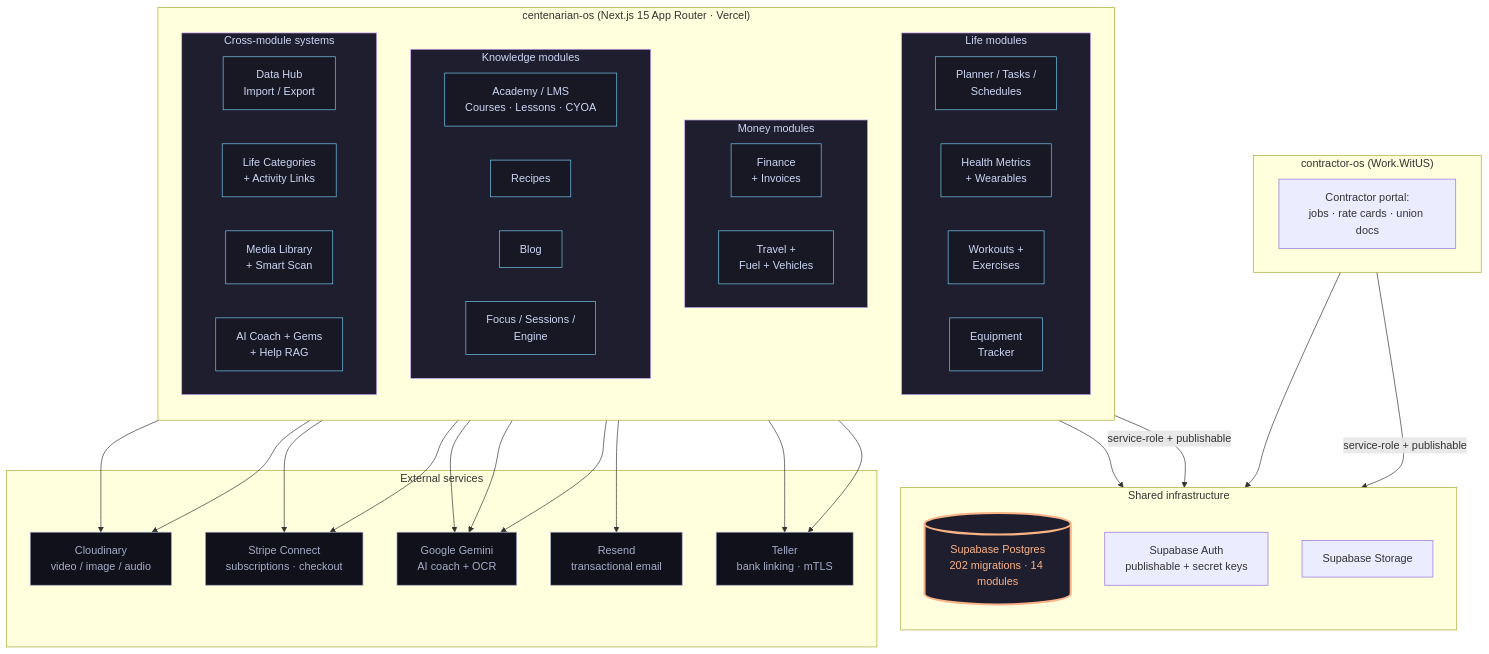
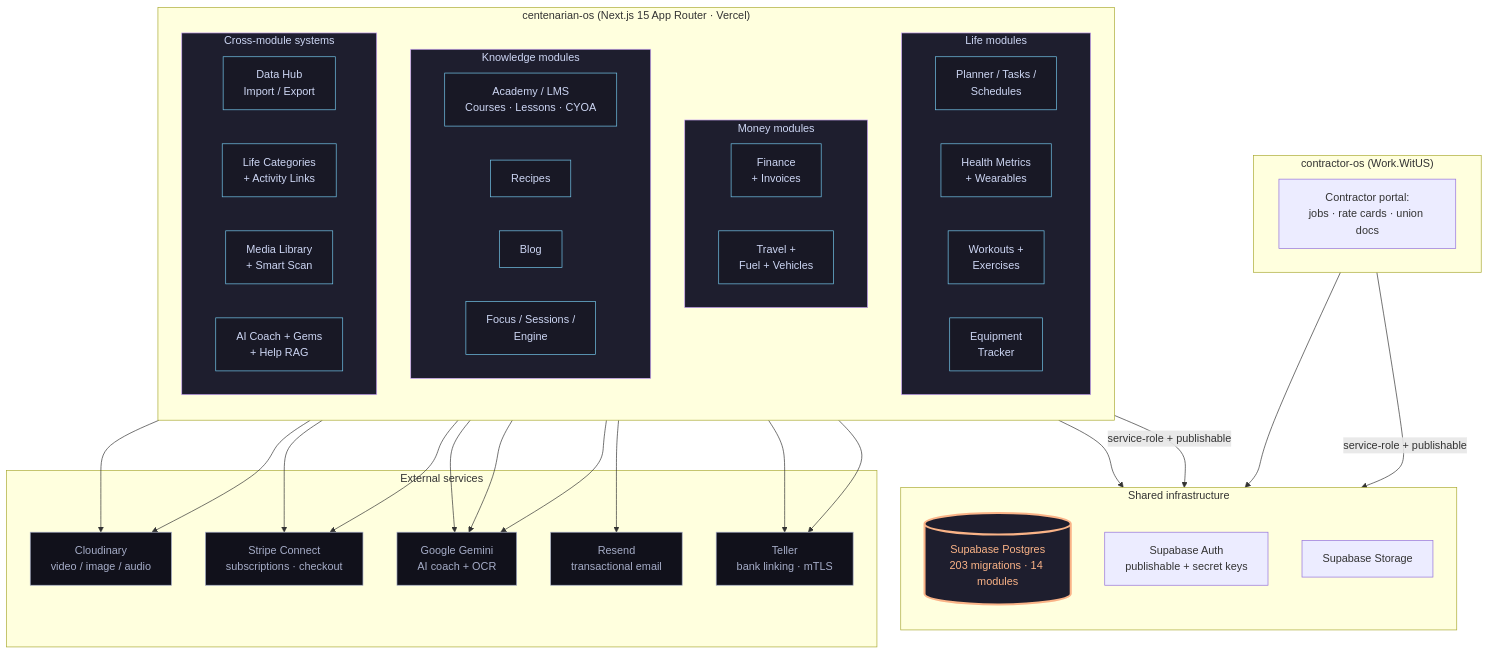
Before and after one commit to dapperAuteur/centenarian-os: the first of 2 diagrams in ARCHITECTURE.md, drawn with Mermaid. The commit also changed other lines of this file and 3 other files, not shown here.

````diff
--- a/ARCHITECTURE.md
+++ b/ARCHITECTURE.md
@@ -14,79 +14,79 @@
 ```mermaid
 flowchart TB
   classDef shell fill:#1e1e2e,stroke:#cba6f7,color:#cdd6f4
   classDef module fill:#181825,stroke:#74c7ec,color:#cdd6f4
   classDef shared fill:#1e1e2e,stroke:#fab387,color:#fab387,stroke-width:3px
   classDef external fill:#11111b,stroke:#a6adc8,color:#a6adc8
 
   subgraph CentOS["centenarian-os (Next.js 15 App Router · Vercel)"]
     direction TB
 
     subgraph Life["Life modules"]
       direction LR
       Planner[Planner / Tasks /<br/>Schedules]
       Health[Health Metrics<br/>+ Wearables]
       Workouts[Workouts +<br/>Exercises]
       Equipment[Equipment<br/>Tracker]
     end
 
     subgraph Money["Money modules"]
       direction LR
       Finance[Finance<br/>+ Invoices]
       Travel[Travel +<br/>Fuel + Vehicles]
     end
 
     subgraph Knowledge["Knowledge modules"]
       direction LR
       Academy[Academy / LMS<br/>Courses · Lessons · CYOA]
       Recipes[Recipes]
       Blog[Blog]
       Focus[Focus / Sessions /<br/>Engine]
     end
 
     subgraph Cross["Cross-module systems"]
       direction LR
       DataHub[Data Hub<br/>Import / Export]
       Categories[Life Categories<br/>+ Activity Links]
       MediaLib[Media Library<br/>+ Smart Scan]
       Coach[AI Coach + Gems<br/>+ Help RAG]
     end
   end
 
   subgraph Shared["Shared infrastructure"]
     direction TB
-    Supabase[(Supabase Postgres<br/>202 migrations · 14 modules)]:::shared
+    Supabase[(Supabase Postgres<br/>203 migrations · 14 modules)]:::shared
     SupaAuth[Supabase Auth<br/>publishable + secret keys]
     SupaStorage[Supabase Storage]
   end
 
   subgraph Sibling["contractor-os (Work.WitUS)"]
     Contractor[Contractor portal:<br/>jobs · rate cards · union docs]
   end
 
   subgraph External["External services"]
     Cloudinary[Cloudinary<br/>video / image / audio]
     Stripe[Stripe Connect<br/>subscriptions · checkout]
     Gemini[Google Gemini<br/>AI coach + OCR]
     Resend[Resend<br/>transactional email]
     Teller[Teller<br/>bank linking · mTLS]
   end
 
   CentOS -->|service-role + publishable| Supabase
   Sibling -->|service-role + publishable| Supabase
   CentOS --> SupaAuth
   Sibling --> SupaAuth
   CentOS --> Cloudinary
   CentOS --> Stripe
   CentOS --> Gemini
   CentOS --> Resend
   CentOS --> Teller
   Coach --> Gemini
   MediaLib --> Cloudinary
   MediaLib --> Gemini
   Finance --> Teller
   Finance --> Stripe
 
   class Life,Money,Knowledge,Cross shell
   class Planner,Health,Workouts,Equipment,Finance,Travel,Academy,Recipes,Blog,Focus,DataHub,Categories,MediaLib,Coach module
   class Cloudinary,Stripe,Gemini,Resend,Teller external
 ```
````
